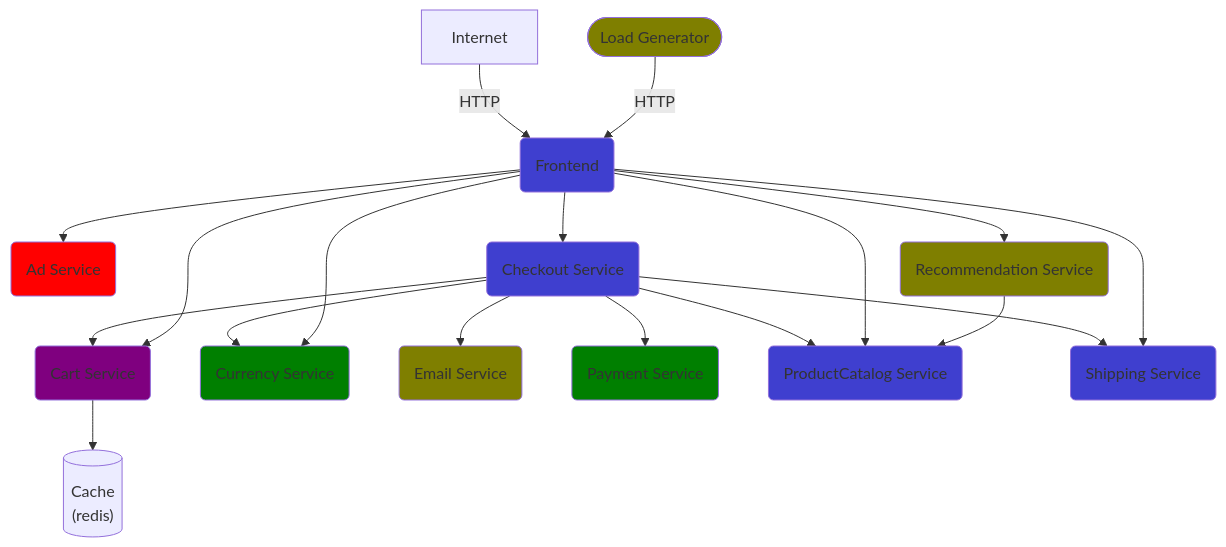
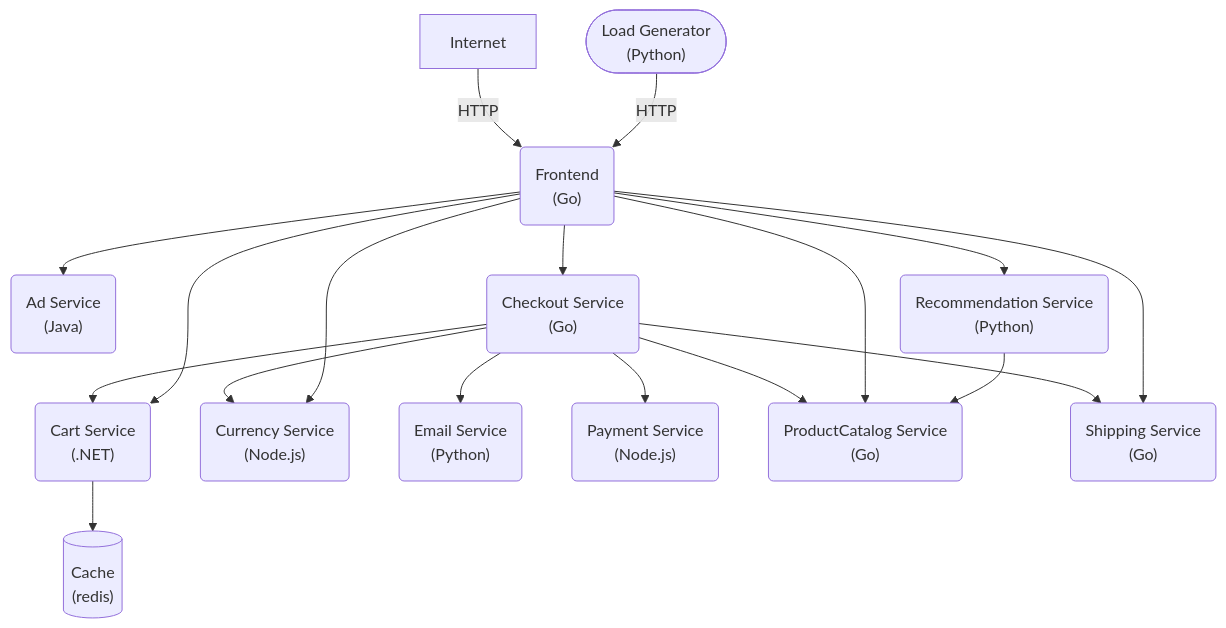
One commit to open-telemetry/opentelemetry-demo changed the diagram in README.md. Above: the diagram before and after it, drawn with Mermaid.

Commit message:
remove color, put lang name

````diff
--- a/README.md
+++ b/README.md
@@ -26,42 +26,35 @@
 ```mermaid
 
 graph TD
 
-classDef dotnet fill:#7F007F
-classDef golang fill:#3F3FCF
-classDef java   fill:#FF0000
-classDef nodejs fill:#007F00
-classDef python fill:#7F7F00
-
-
-adservice(Ad Service):::java
+adservice(Ad Service<br/>&#40Java&#41):::java
 cache[(Cache<br/>&#40redis&#41)]
-cartservice(Cart Service):::dotnet
-checkoutservice(Checkout Service):::golang
-currencyservice(Currency Service):::nodejs
-emailservice(Email Service):::python
-frontend(Frontend):::golang
-loadgenerator([Load Generator]):::python
-paymentservice(Payment Service):::nodejs
-productcatalogservice(ProductCatalog Service):::golang
-recommendationservice(Recommendation Service):::python
-shippingservice(Shipping Service):::golang
+cartservice(Cart Service<br/>&#40.NET&#41):::dotnet
+checkoutservice(Checkout Service<br/>&#40Go&#41):::golang
+currencyservice(Currency Service<br/>&#40Node.js&#41):::nodejs
+emailservice(Email Service<br/>&#40Python&#41):::python
+frontend(Frontend<br/>&#40Go&#41):::golang
+loadgenerator([Load Generator<br/>&#40Python&#41]):::python
+paymentservice(Payment Service<br/>&#40Node.js&#41):::nodejs
+productcatalogservice(ProductCatalog Service<br/>&#40Go&#41):::golang
+recommendationservice(Recommendation Service<br/>&#40Python&#41):::python
+shippingservice(Shipping Service<br/>&#40Go&#41):::golang
 
 Internet -->|HTTP| frontend
 loadgenerator -->|HTTP| frontend
 
 checkoutservice --> cartservice --> cache
 checkoutservice --> productcatalogservice
 checkoutservice --> currencyservice
 checkoutservice --> emailservice
 checkoutservice --> paymentservice
 checkoutservice --> shippingservice
 
 frontend --> adservice
 frontend --> cartservice
 frontend --> productcatalogservice
 frontend --> checkoutservice
 frontend --> currencyservice
 frontend --> recommendationservice --> productcatalogservice
 frontend --> shippingservice
 ```
````
